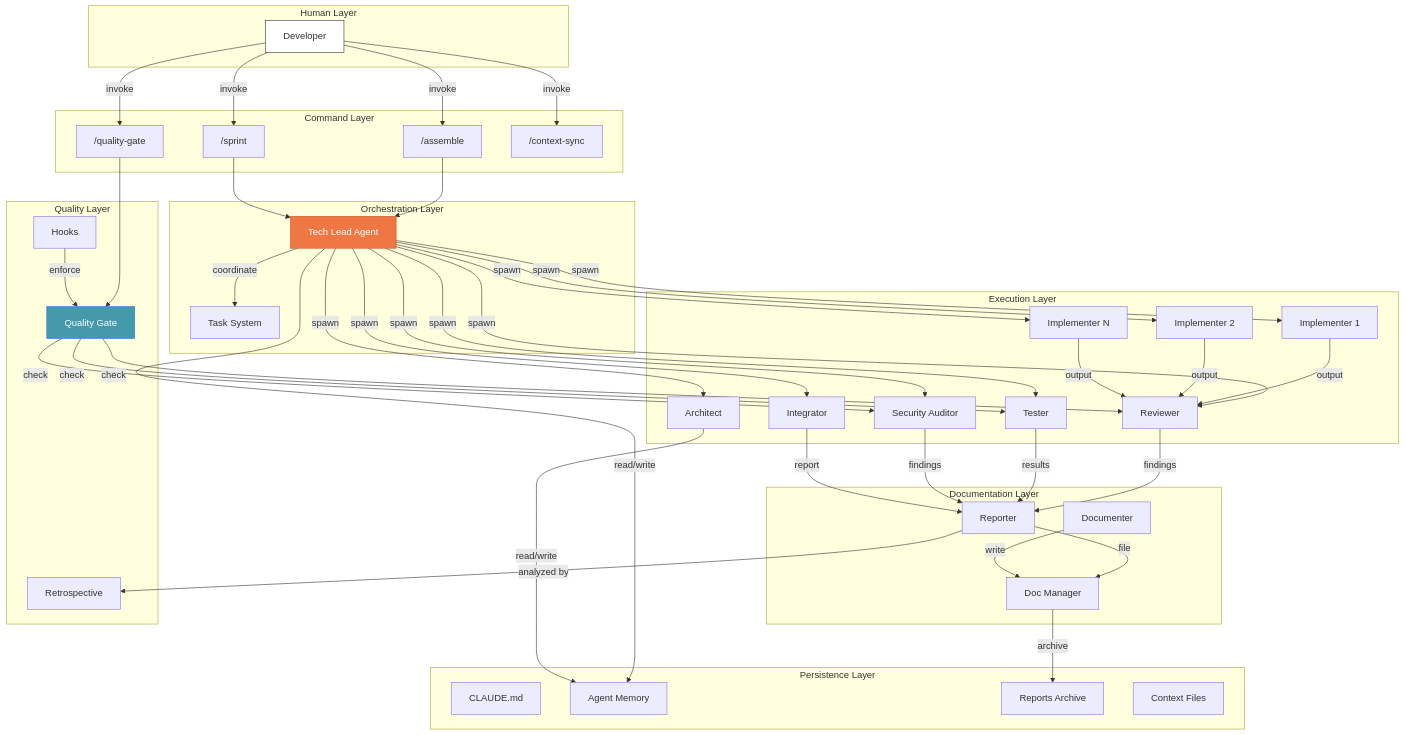
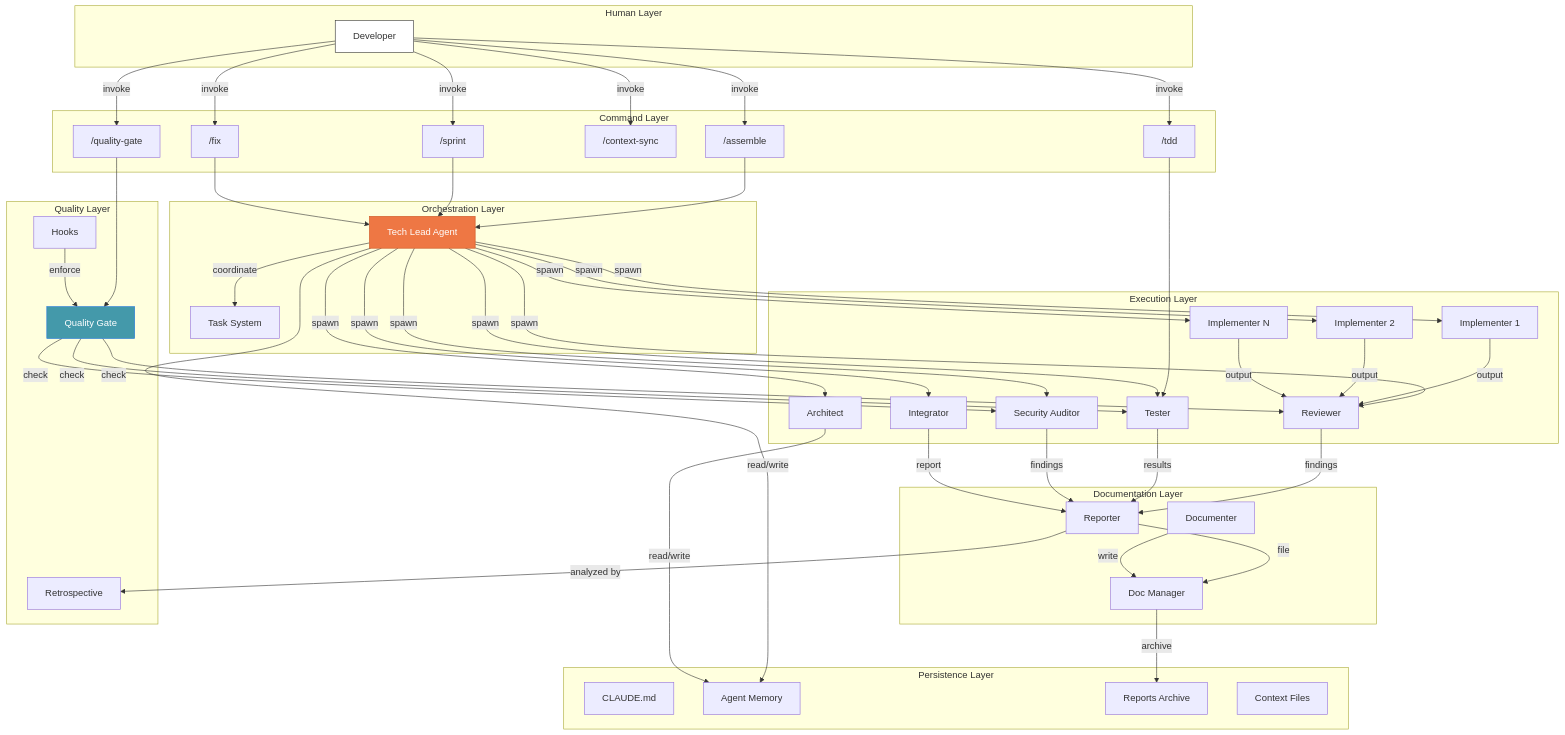
The second of 14 diagrams in docs/AGENT-ARMY-DESIGN.md (Muheng1992/symbiotic-engineering), drawn with Mermaid before and after one commit. The commit also changed other lines of this file and 15 other files, not shown here.

First line of the commit message:
feat: Add TDD/fix skills, enforce tech-lead delegation and architect plan mode

```diff
--- a/docs/AGENT-ARMY-DESIGN.md
+++ b/docs/AGENT-ARMY-DESIGN.md
@@ -79,6 +79,8 @@
         S2["/sprint"]
         S3["/quality-gate"]
         S4["/context-sync"]
+        S5t["/tdd"]
+        S6f["/fix"]
     end
 
     subgraph "Orchestration Layer"
@@ -120,9 +122,13 @@
     U -->|invoke| S2
     U -->|invoke| S3
     U -->|invoke| S4
+    U -->|invoke| S5t
+    U -->|invoke| S6f
 
     S1 --> TL
     S2 --> TL
+    S5t --> TE
+    S6f --> TL
 
     TL -->|spawn| AR
     TL -->|spawn| IM1
```
